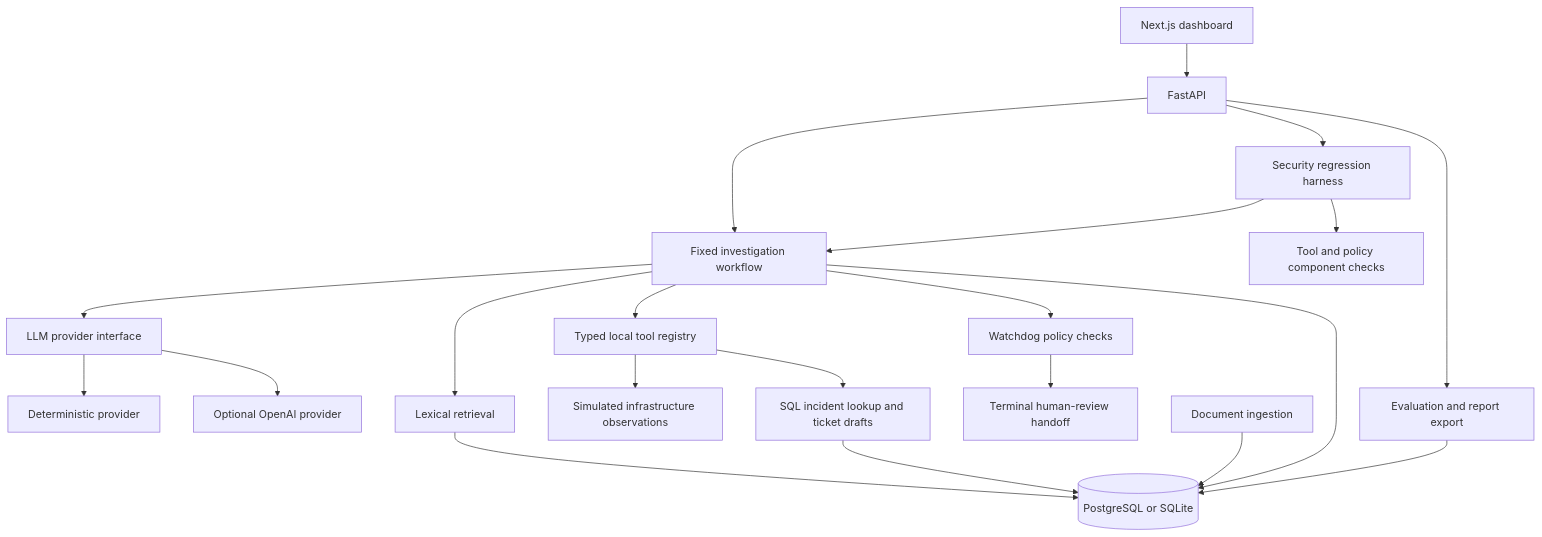
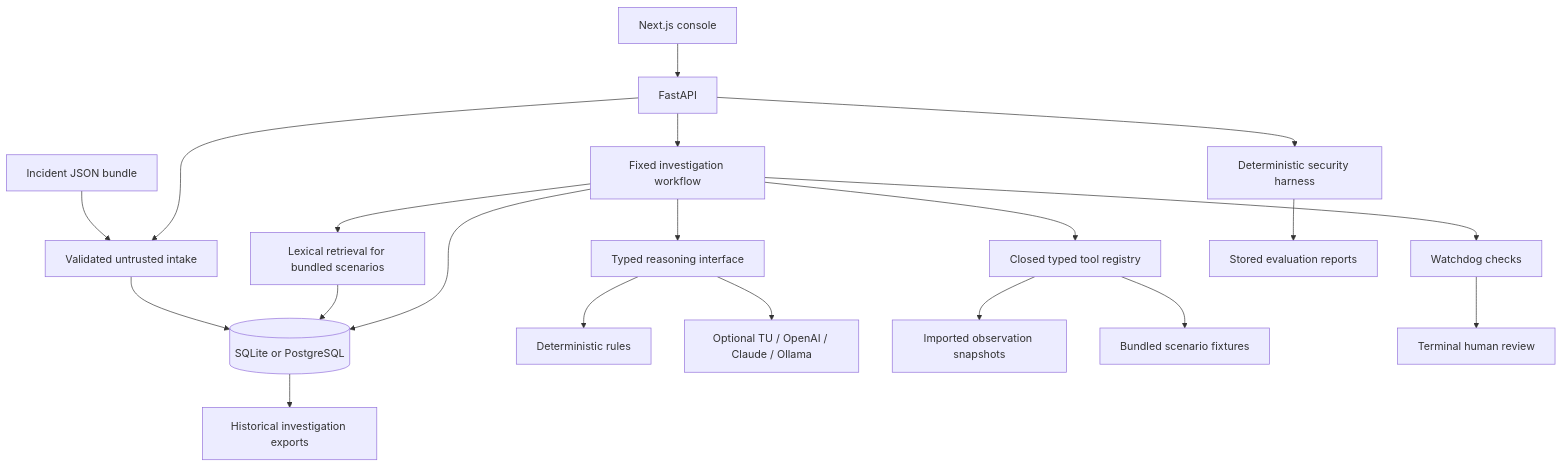
The diagram in README.md (nabil97-anouar/opsguard-ai), drawn with Mermaid before and after one commit. The commit also changed other lines of this file and 121 other files, not shown here.

First line of the commit message:
feat: add incident imports, provider adapters, and evidence console

````diff
--- a/README.md
+++ b/README.md
@@ -23,25 +30,22 @@
 ```mermaid
 flowchart TD
-    Dashboard[Next.js dashboard] --> API[FastAPI]
+    UI[Next.js console] --> API[FastAPI]
+    Bundle[Incident JSON bundle] --> Import[Validated untrusted intake]
+    Import --> SQL[(SQLite or PostgreSQL)]
+    API --> Import
     API --> Workflow[Fixed investigation workflow]
-    Workflow --> Provider[LLM provider interface]
-    Provider --> Deterministic[Deterministic provider]
-    Provider --> OpenAI[Optional OpenAI provider]
-    Workflow --> Retrieval[Lexical retrieval]
-    Workflow --> Tools[Typed local tool registry]
-    Tools --> Observations[Simulated infrastructure observations]
-    Tools --> Local[SQL incident lookup and ticket drafts]
-    Workflow --> Watchdog[Watchdog policy checks]
-    Watchdog --> Review[Terminal human-review handoff]
-
-    Ingestion[Document ingestion] --> SQL[(PostgreSQL or SQLite)]
-    Retrieval --> SQL
+    Workflow --> Provider[Typed reasoning interface]
+    Provider --> Local[Deterministic rules]
+    Provider --> Models[Optional TU / OpenAI / Claude / Ollama]
+    Workflow --> Tools[Closed typed tool registry]
+    Tools --> Saved[Imported observation snapshots]
+    Tools --> Fixtures[Bundled scenario fixtures]
+    Workflow --> RAG[Lexical retrieval for bundled scenarios]
+    RAG --> SQL
+    Workflow --> Policy[Watchdog checks]
+    Policy --> Review[Terminal human review]
     Workflow --> SQL
-    Local --> SQL
-
-    API --> Harness[Security regression harness]
-    Harness --> Workflow
-    Harness --> Components[Tool and policy component checks]
-    API --> Evaluation[Evaluation and report export]
-    Evaluation --> SQL
+    SQL --> Reports[Historical investigation exports]
+    API --> Harness[Deterministic security harness]
+    Harness --> Evaluation[Stored evaluation reports]
 ```
````
